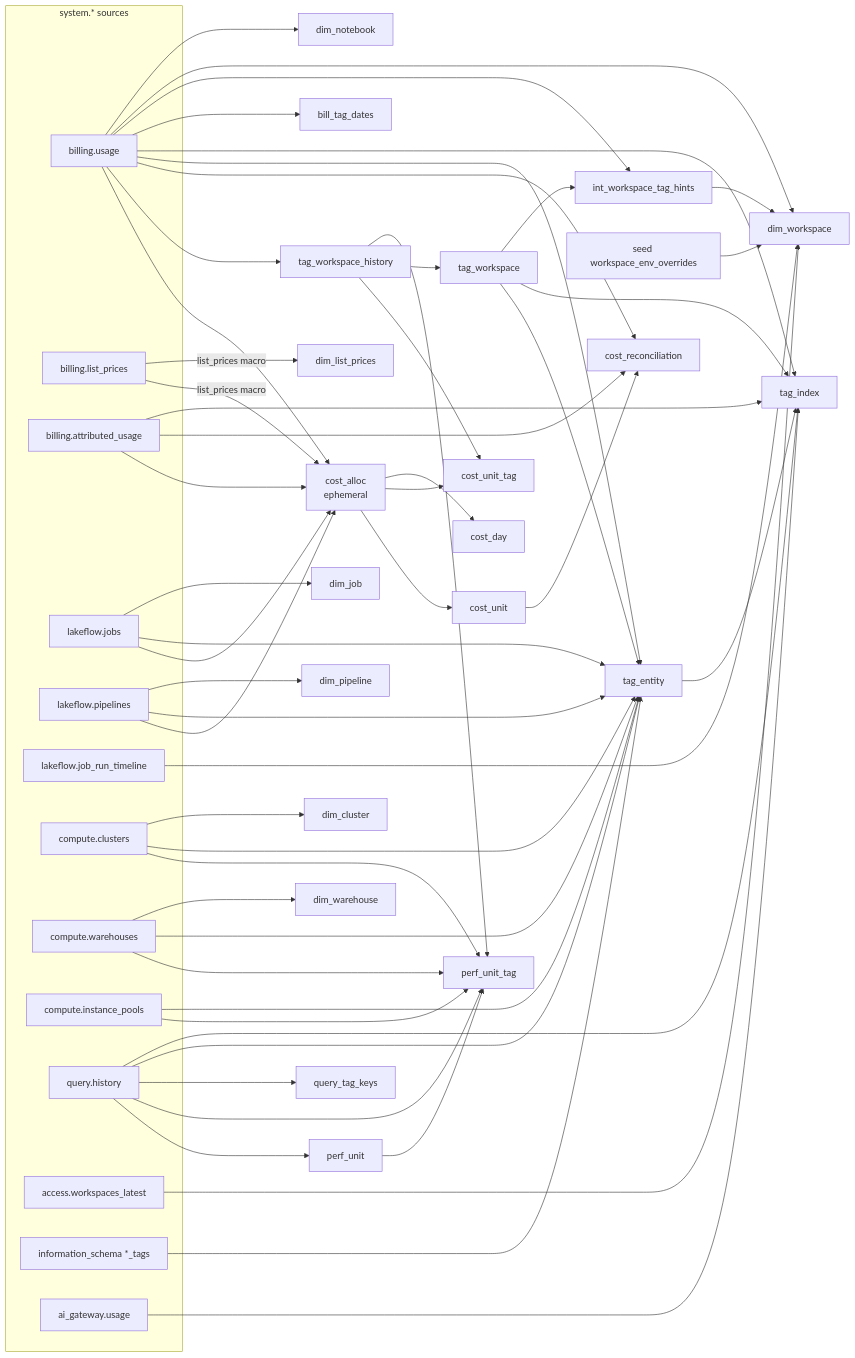
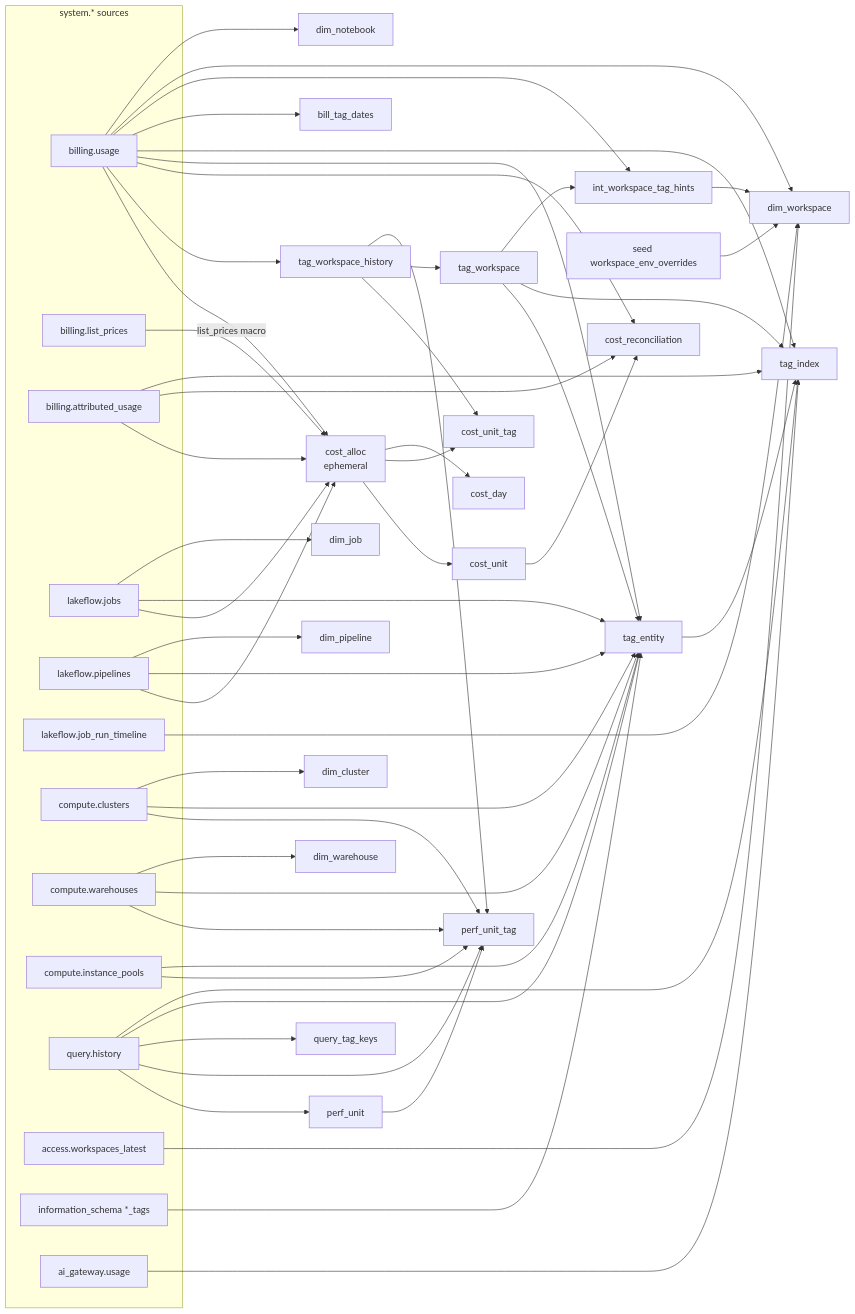
Before and after one commit to darshanmeel/databricks-audit-app: the first of 2 diagrams in databricks-audit-app-knowledge-graph/flows/dbt_lineage.md, drawn with Mermaid. The commit also changed other lines of this file and 94 other files, not shown here.

First line of the commit message:
Graph and technical doc updated for the review fixes: 8,352 nodes and 23,453 edges

````diff
--- a/databricks-audit-app-knowledge-graph/flows/dbt_lineage.md
+++ b/databricks-audit-app-knowledge-graph/flows/dbt_lineage.md
@@ -7,54 +7,53 @@
 ```mermaid
 flowchart LR
   subgraph SRC[system.* sources]
     BU[billing.usage]
     LP[billing.list_prices]
     AU[billing.attributed_usage]
     JB[lakeflow.jobs]
     PL[lakeflow.pipelines]
     JRT[lakeflow.job_run_timeline]
     CL[compute.clusters]
     WH[compute.warehouses]
     IP[compute.instance_pools]
     QH[query.history]
     WL[access.workspaces_latest]
     UCT[information_schema *_tags]
     AG[ai_gateway.usage]
   end
   LP -->|list_prices macro| CA
   BU --> CA[cost_alloc<br/>ephemeral]
   AU --> CA
   JB --> CA
   PL --> CA
   CA --> CU[cost_unit]
   CA --> CUT[cost_unit_tag]
   CA --> CD[cost_day]
   BU --> TWH[tag_workspace_history]
   TWH --> CUT
   TWH --> TW[tag_workspace]
   TWH --> PUT[perf_unit_tag]
   CU --> REC[cost_reconciliation]
   BU --> REC
   AU --> REC
   QH --> PU[perf_unit] --> PUT
   QH --> PUT
   WH & CL & IP --> PUT
   QH --> QTK[query_tag_keys]
   TW --> TE[tag_entity]
   WH & CL & IP & JB & PL & QH & UCT & BU --> TE
   TE --> TI[tag_index]
   TW --> TI
   BU & QH & AU & AG --> TI
   BU --> BTD[bill_tag_dates]
   BU --> HINT[int_workspace_tag_hints]
   TW --> HINT
   HINT --> DW[dim_workspace]
   SEED[seed workspace_env_overrides] --> DW
   WL & BU & JRT --> DW
   JB --> DJ[dim_job]
   CL --> DC[dim_cluster]
   WH --> DWH[dim_warehouse]
   PL --> DP[dim_pipeline]
   BU --> DN[dim_notebook]
-  LP -->|list_prices macro| DLP[dim_list_prices]
 ```
````
